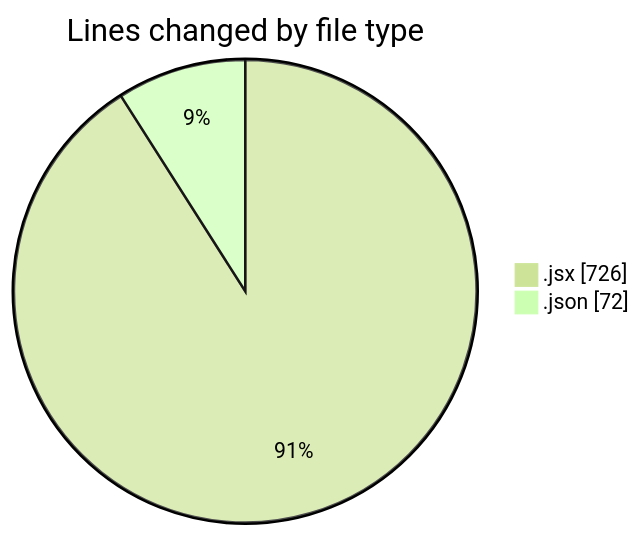
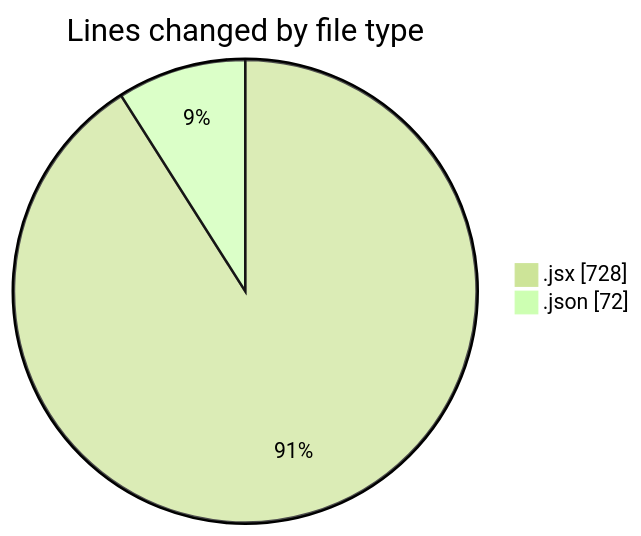
One commit to momahboobian/code-tracking changed the first of 2 diagrams in 2026-03-19/commonwealth-front-end-task/README.md. Above: the diagram before and after it, drawn with Mermaid (forest theme). The commit also changed other lines of this file and 1 other file, not shown here.

````diff
--- a/2026-03-19/commonwealth-front-end-task/README.md
+++ b/2026-03-19/commonwealth-front-end-task/README.md
@@ -23,6 +23,6 @@
 ```mermaid
 pie showData
 title Lines changed by file type
-".jsx" : 726
+".jsx" : 728
 ".json" : 72
 ```
````
